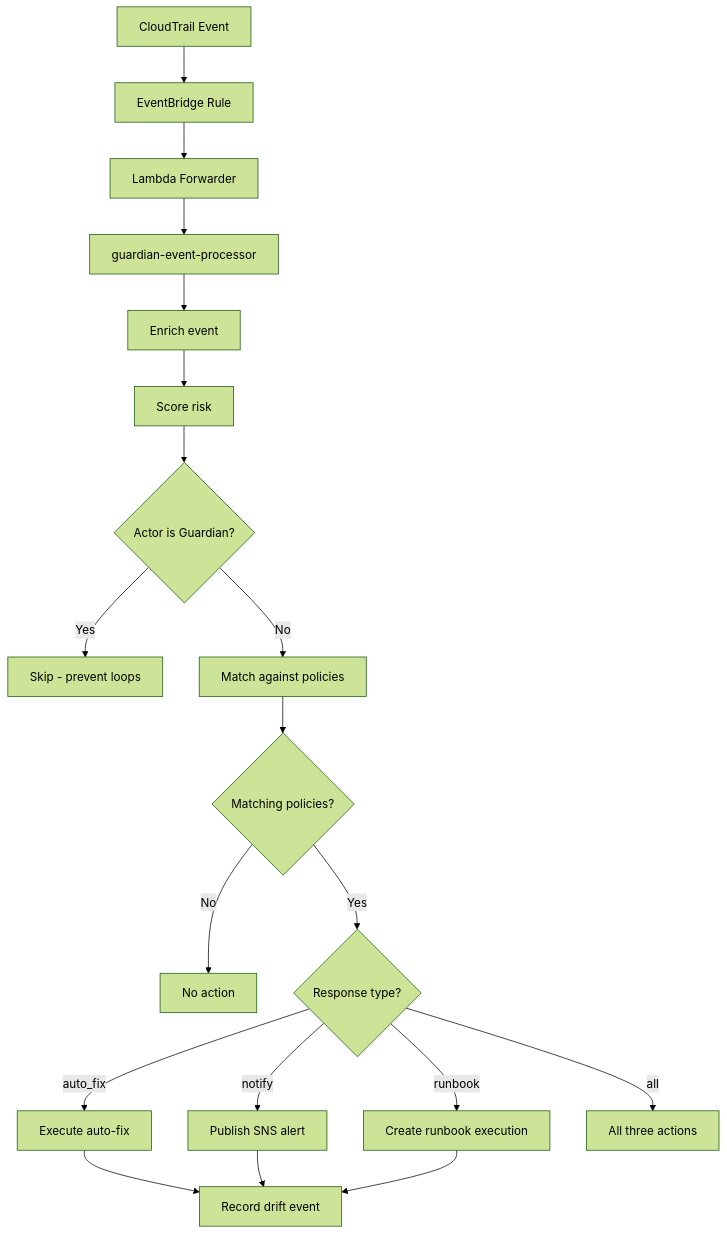
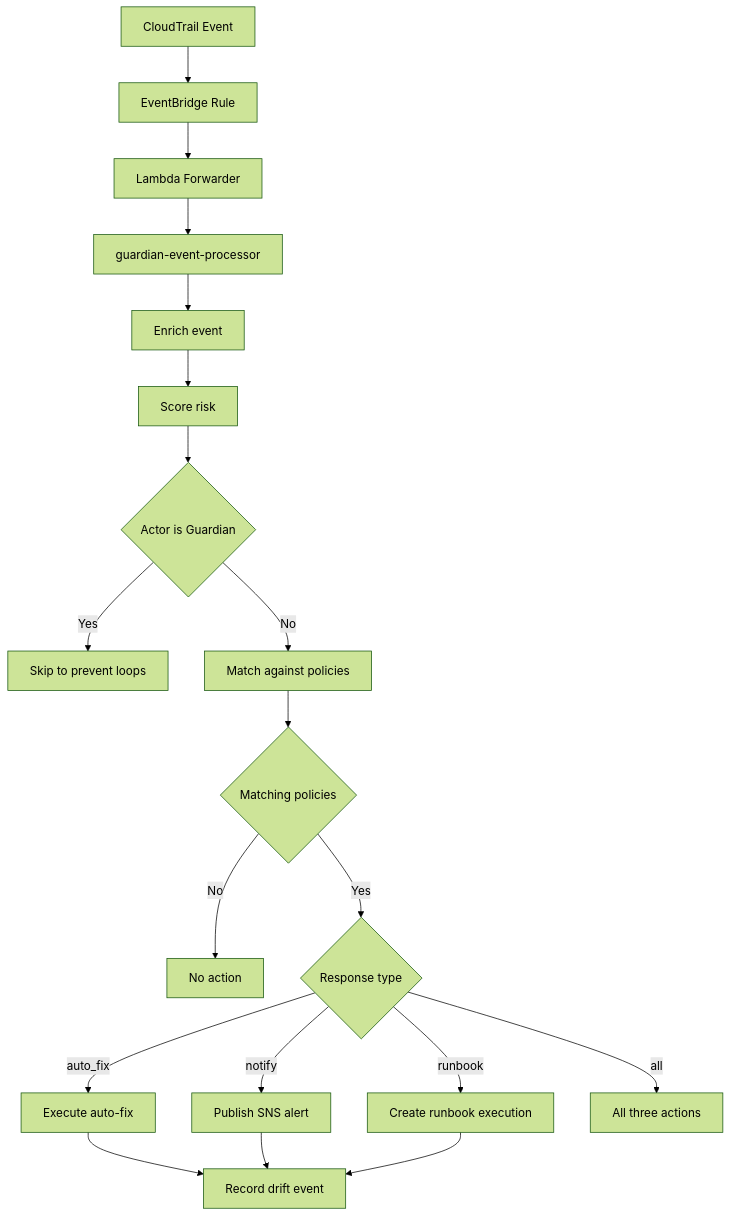
One commit to ritvikindupuri/aws-ai-agent changed diagram 20 of 23 in TECHNICAL_DOCUMENTATION.md. Above: the diagram before and after it, drawn with Mermaid (forest theme). The commit also changed other lines of this file, not shown here.

Commit message:
Updated README and docs diagrams

````diff
--- a/TECHNICAL_DOCUMENTATION.md
+++ b/TECHNICAL_DOCUMENTATION.md
@@ -1738,21 +1746,21 @@
 ```mermaid
 flowchart TD
     A[CloudTrail Event] --> B[EventBridge Rule]
     B --> C[Lambda Forwarder]
     C --> D[guardian-event-processor]
     D --> E[Enrich event]
     E --> F[Score risk]
-    F --> G{Actor is Guardian?}
-    G -- Yes --> H[Skip - prevent loops]
+    F --> G{Actor is Guardian}
+    G -- Yes --> H[Skip to prevent loops]
     G -- No --> I[Match against policies]
-    I --> J{Matching policies?}
+    I --> J{Matching policies}
     J -- No --> K[No action]
-    J -- Yes --> L{Response type?}
-    L -- auto_fix --> M[Execute auto-fix]
+    J -- Yes --> L{Response type}
+    L -- auto_fix --> M3[Execute auto-fix]
     L -- notify --> N[Publish SNS alert]
     L -- runbook --> O[Create runbook execution]
     L -- all --> P[All three actions]
-    M --> Q[Record drift event]
+    M3 --> Q[Record drift event]
     N --> Q
     O --> Q
 ```
````
